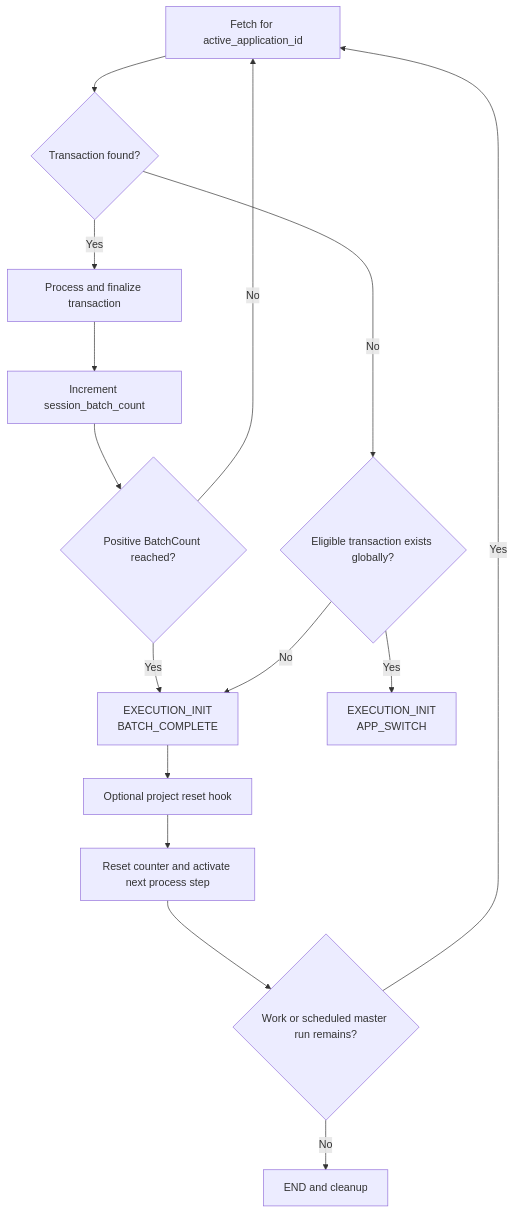
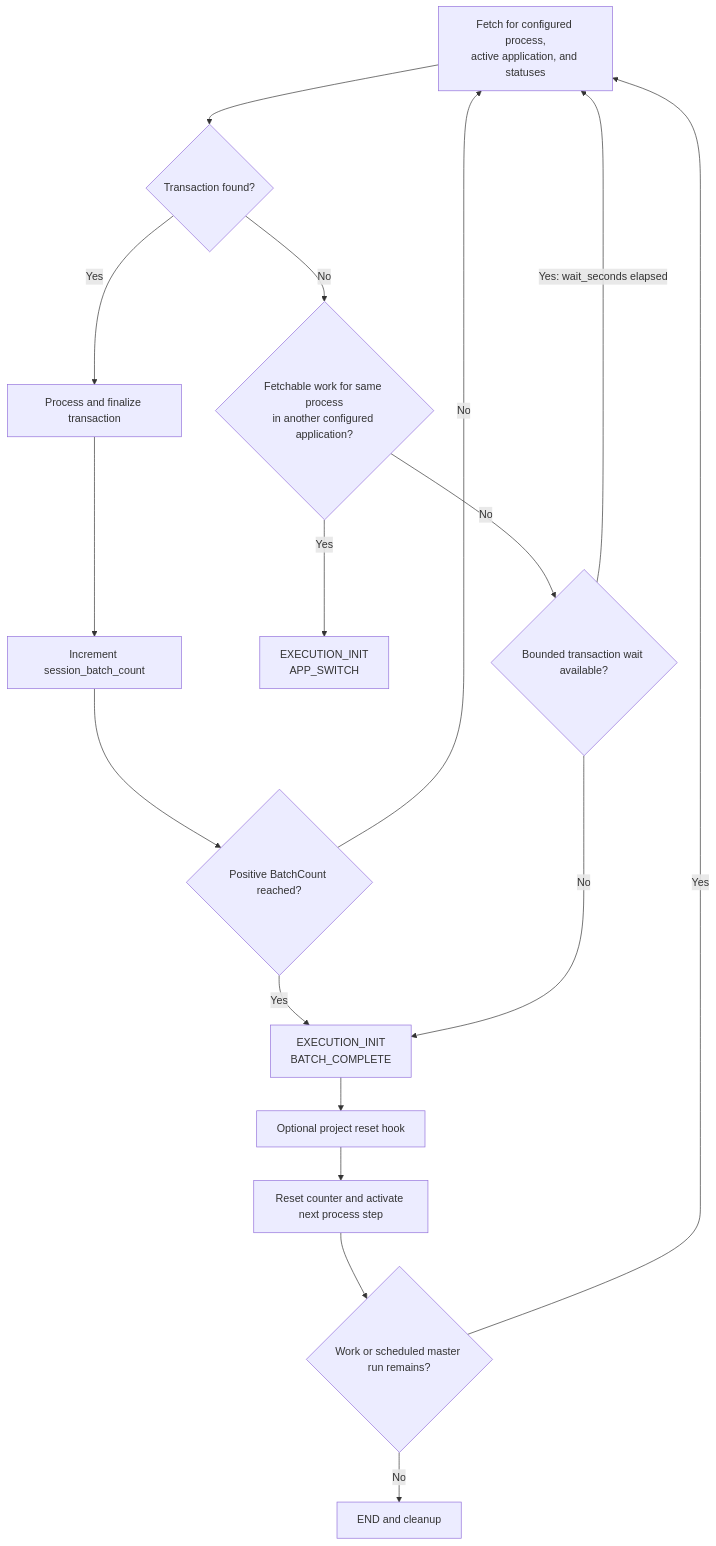
The second of 3 diagrams in docs/graph-flowchart.md (Venkateswaran-Krishnan/OrqFlow_V0.1), drawn with Mermaid before and after one commit. The commit also changed other lines of this file and 14 other files, not shown here.

````diff
--- a/docs/graph-flowchart.md
+++ b/docs/graph-flowchart.md
@@ -35,17 +35,19 @@
 ```mermaid
 flowchart TD
-    A[Fetch for active_application_id] --> B{Transaction found?}
+    A[Fetch for configured process,<br/>active application, and statuses] --> B{Transaction found?}
     B -->|Yes| C[Process and finalize transaction]
     C --> D[Increment session_batch_count]
     D --> E{Positive BatchCount reached?}
     E -->|No| A
     E -->|Yes| F[EXECUTION_INIT<br/>BATCH_COMPLETE]
-    B -->|No| G{Eligible transaction exists globally?}
+    B -->|No| G{Fetchable work for same process<br/>in another configured application?}
     G -->|Yes| H[EXECUTION_INIT<br/>APP_SWITCH]
-    G -->|No| F
+    G -->|No| M{Bounded transaction wait available?}
+    M -->|Yes: wait_seconds elapsed| A
+    M -->|No| F
     F --> I[Optional project reset hook]
     I --> J[Reset counter and activate next process step]
     J --> K{Work or scheduled master run remains?}
     K -->|Yes| A
     K -->|No| L[END and cleanup]
 ```
````
